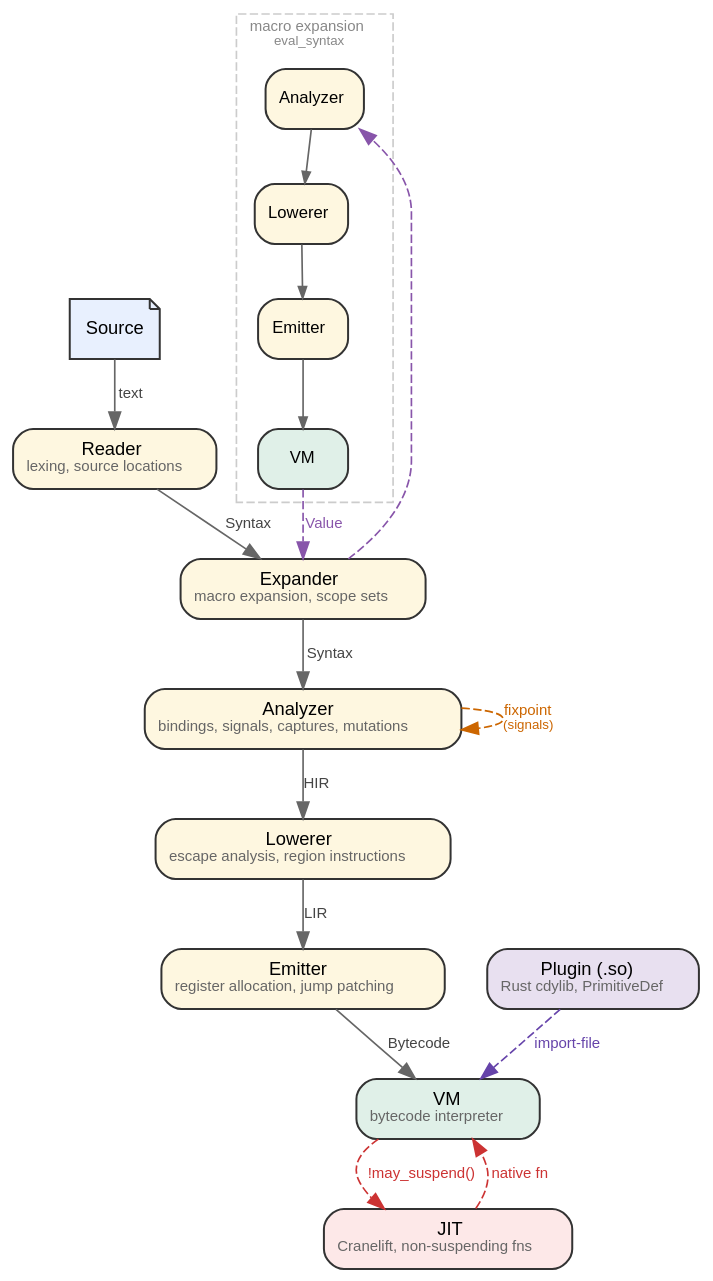
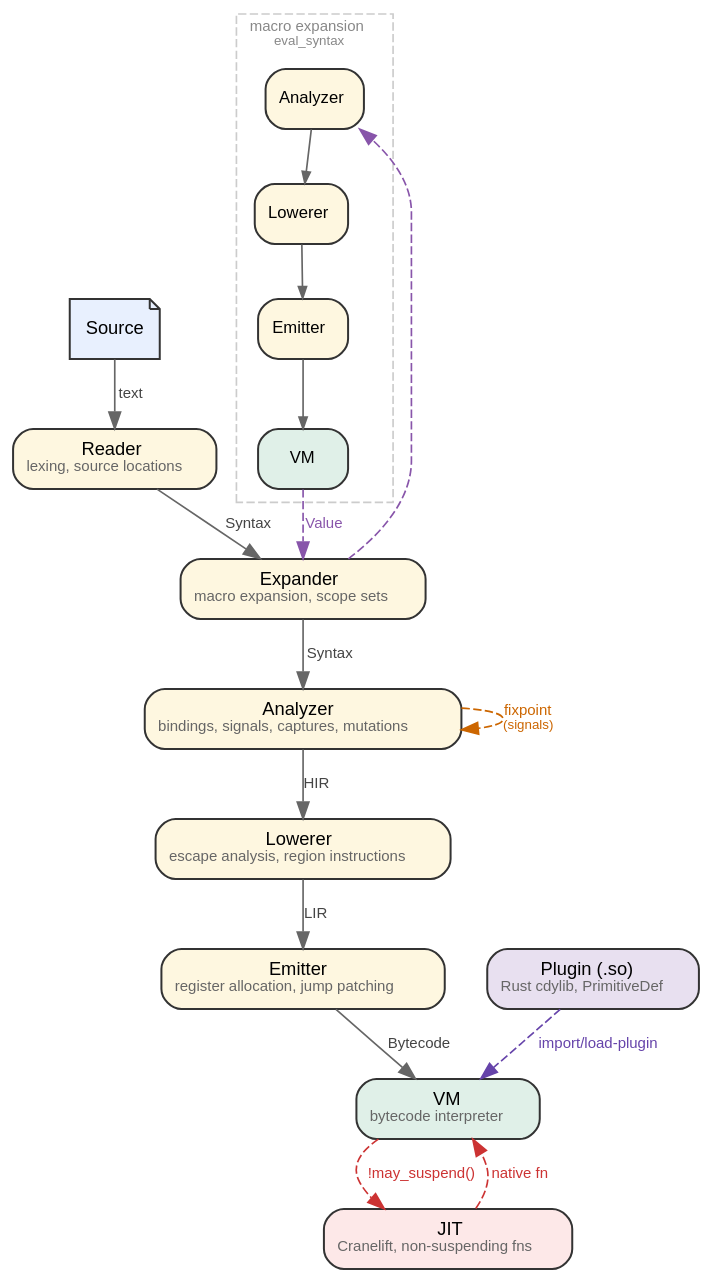
The diagram in docs/pipeline.dot (elle-lisp/elle), drawn with Graphviz before and after one commit. The commit also changed 92 other files, not shown here.

```diff
--- a/docs/pipeline.dot
+++ b/docs/pipeline.dot
@@ -1,90 +1,90 @@
 // Elle compilation pipeline
 //
 // Build: dot -Tsvg docs/pipeline.dot -o docs/pipeline.svg
 
 digraph pipeline {
     rankdir=TB
     bgcolor="transparent"
     fontname="Helvetica"
     nodesep=0.35
     ranksep=0.45
     node [fontname="Helvetica" fontsize=11 shape=box
           style="rounded,filled" fillcolor="#fef7e0"
           color="#333333" penwidth=1.2]
     edge [fontname="Helvetica" fontsize=9 color="#666666"
           fontcolor="#444444"]
 
     // ── Stages ─────────────────────────────────────────────────────
     //
     // Each node is a pass. Intermediate representations are edge
     // labels — they're outputs, not stages.
 
     source  [label="Source" fillcolor="#e8f0fe"
              shape=note]
 
     reader  [label=<Reader<br/><font point-size="9" color="#666666">lexing, source locations</font>>]
 
     expand  [label=<Expander<br/><font point-size="9" color="#666666">macro expansion, scope sets</font>>]
 
     analyze [label=<Analyzer<br/><font point-size="9" color="#666666">bindings, signals, captures, mutations</font>>]
 
     lower   [label=<Lowerer<br/><font point-size="9" color="#666666">escape analysis, region instructions</font>>]
 
     emit    [label=<Emitter<br/><font point-size="9" color="#666666">register allocation, jump patching</font>>]
 
     vm      [label=<VM<br/><font point-size="9" color="#666666">bytecode interpreter</font>>
              fillcolor="#e0f0e8"]
 
     // ── Main flow ──────────────────────────────────────────────────
 
     source  -> reader                [label="text"]
     reader  -> expand                [label="Syntax"]
     expand  -> analyze               [label="Syntax"]
     analyze -> lower                 [label="HIR"]
     lower   -> emit                  [label="LIR"]
     emit    -> vm                    [label="Bytecode"]
 
     // ── Fixpoint loop ──────────────────────────────────────────────
 
     analyze -> analyze [label=<fixpoint<br/><font point-size="8">(signals)</font>>
                         style=dashed color="#cc6600"
                         fontcolor="#cc6600" constraint=false]
 
     // ── Macro expansion ────────────────────────────────────────────
 
     subgraph cluster_macro {
         label=<macro expansion<br/><font point-size="8">eval_syntax</font>>
         labeljust=l fontsize=9 fontcolor="#888888"
         color="#cccccc" style=dashed
 
         m_analyze [label=<Analyzer> fontsize=10]
         m_lower   [label=<Lowerer>  fontsize=10]
         m_emit    [label=<Emitter>  fontsize=10]
         m_vm      [label=<VM>       fontsize=10 fillcolor="#e0f0e8"]
 
         m_analyze -> m_lower -> m_emit -> m_vm [arrowsize=0.7]
     }
 
     expand  -> m_analyze  [style=dashed color="#8855aa"
                            fontcolor="#8855aa"]
     m_vm    -> expand     [label="Value" style=dashed
                            color="#8855aa" fontcolor="#8855aa"]
 
     // ── JIT ────────────────────────────────────────────────────────
 
     jit [label=<JIT<br/><font point-size="9" color="#666666">Cranelift, non-suspending fns</font>>
          fillcolor="#fde8e8"]
 
     vm  -> jit [label="!may_suspend()" style=dashed
                 color="#cc3333" fontcolor="#cc3333"]
     jit -> vm  [label="native fn" style=dashed
                 color="#cc3333" fontcolor="#cc3333"]
 
     // ── Plugins ────────────────────────────────────────────────────
 
     plugin [label=<Plugin (.so)<br/><font point-size="9" color="#666666">Rust cdylib, PrimitiveDef</font>>
             fillcolor="#e8e0f0"]
 
-    plugin -> vm [label="import-file" style=dashed
+    plugin -> vm [label="import/load-plugin" style=dashed
                   color="#6644aa" fontcolor="#6644aa"]
 }
```
